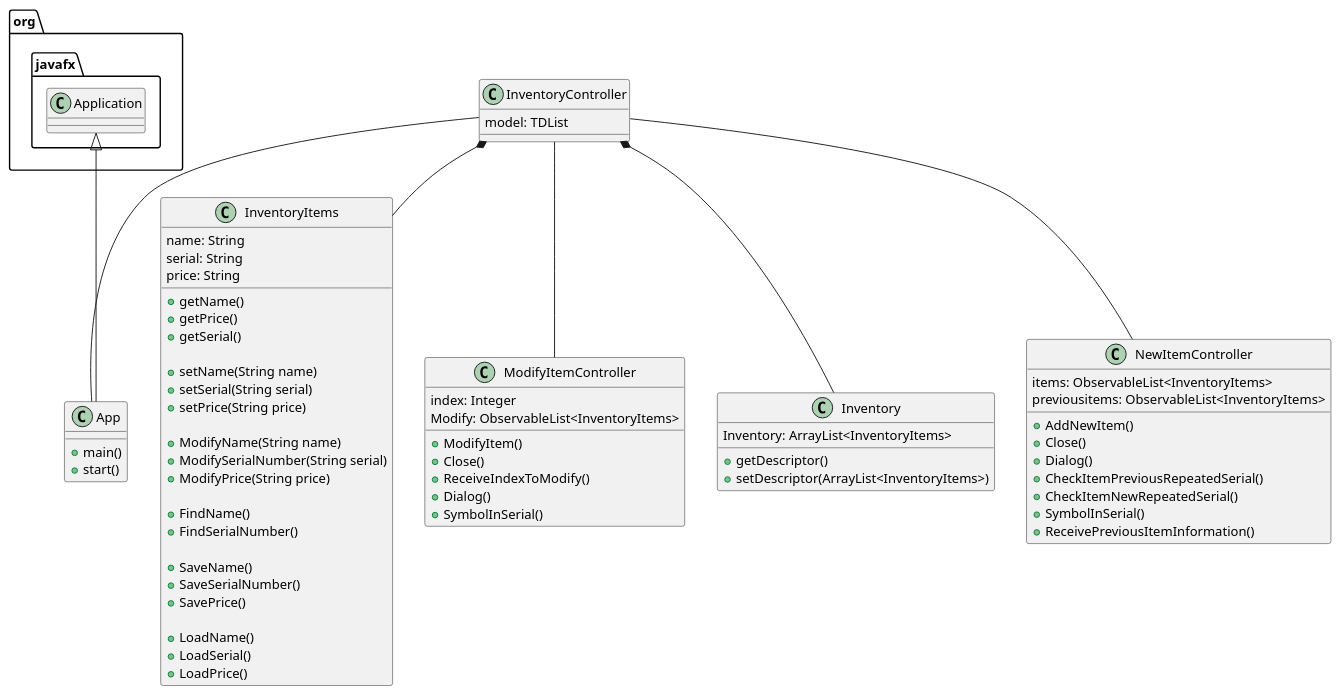
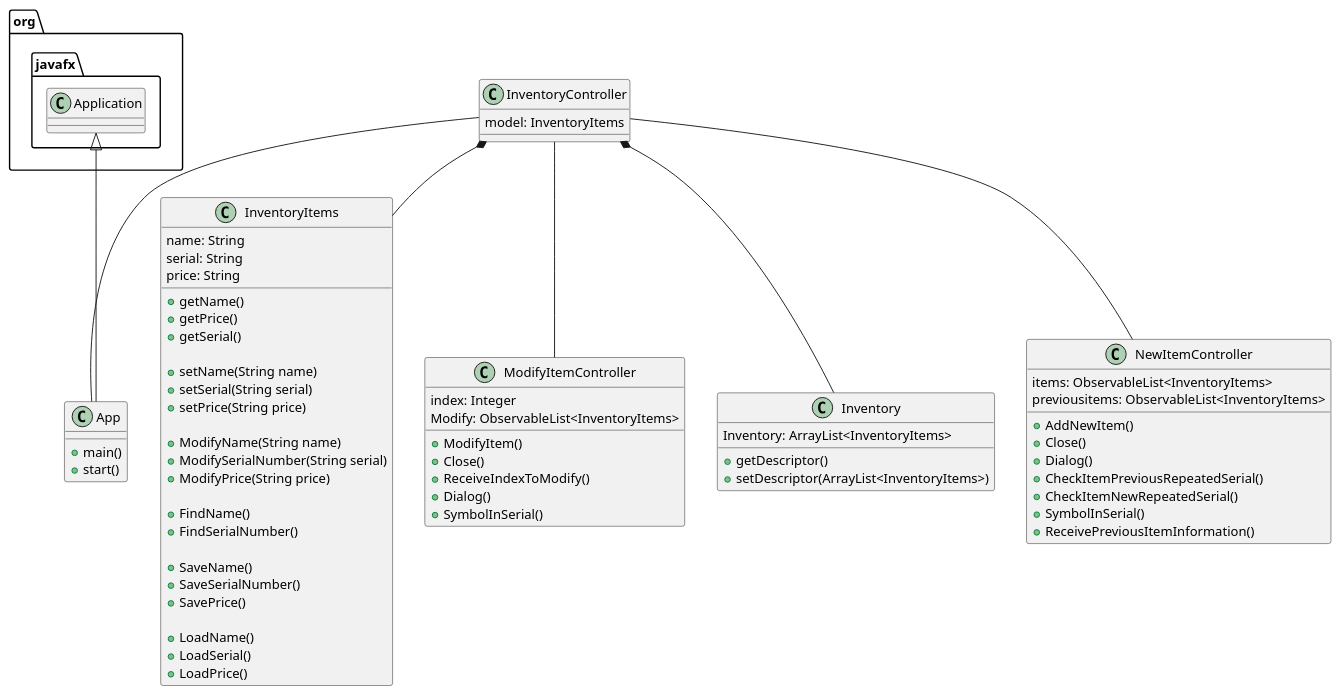
Before and after one commit to lacostamejia/AcostaMejia-1663-a5: the diagram in uml/Application.puml, drawn with PlantUML. The commit also changed 4 other files, not shown here.

```diff
--- a/uml/Application.puml
+++ b/uml/Application.puml
@@ -1,90 +1,90 @@
 @startuml
 'https://plantuml.com/sequence-diagram
 class App{
 +main()
 +start()
 }
 class InventoryController{
-model: TDList
+model: InventoryItems
 'GUI functions'
 }
 
 
 
 class InventoryItems{
 name: String
 serial: String
 price: String
 
 +getName()
 +getPrice()
 +getSerial()
 
 +setName(String name)
 +setSerial(String serial)
 +setPrice(String price)
 
 +ModifyName(String name)
 +ModifySerialNumber(String serial)
 +ModifyPrice(String price)
 
 +FindName()
 +FindSerialNumber()
 
 +SaveName()
 +SaveSerialNumber()
 +SavePrice()
 
 +LoadName()
 +LoadSerial()
 +LoadPrice()
 
 }
 
 
 class ModifyItemController{
 
 index: Integer
 Modify: ObservableList<InventoryItems>
 
 +ModifyItem()
 +Close()
 +ReceiveIndexToModify()
 +Dialog()
 +SymbolInSerial()
 
 
 }
 
 class Inventory{
 Inventory: ArrayList<InventoryItems>
 +getDescriptor()
 +setDescriptor(ArrayList<InventoryItems>)
 }
 
 class NewItemController{
 items: ObservableList<InventoryItems>
 previousitems: ObservableList<InventoryItems>
 
 +AddNewItem()
 +Close()
 +Dialog()
 +CheckItemPreviousRepeatedSerial()
 +CheckItemNewRepeatedSerial()
 +SymbolInSerial()
 +ReceivePreviousItemInformation()
 }
 
 
 org.javafx.Application <|-- App
 InventoryController -- App
 
 
 InventoryController *--InventoryItems
 InventoryController *-- Inventory
 InventoryController -- NewItemController
 InventoryController --  ModifyItemController
 
 
 
 @enduml
```
